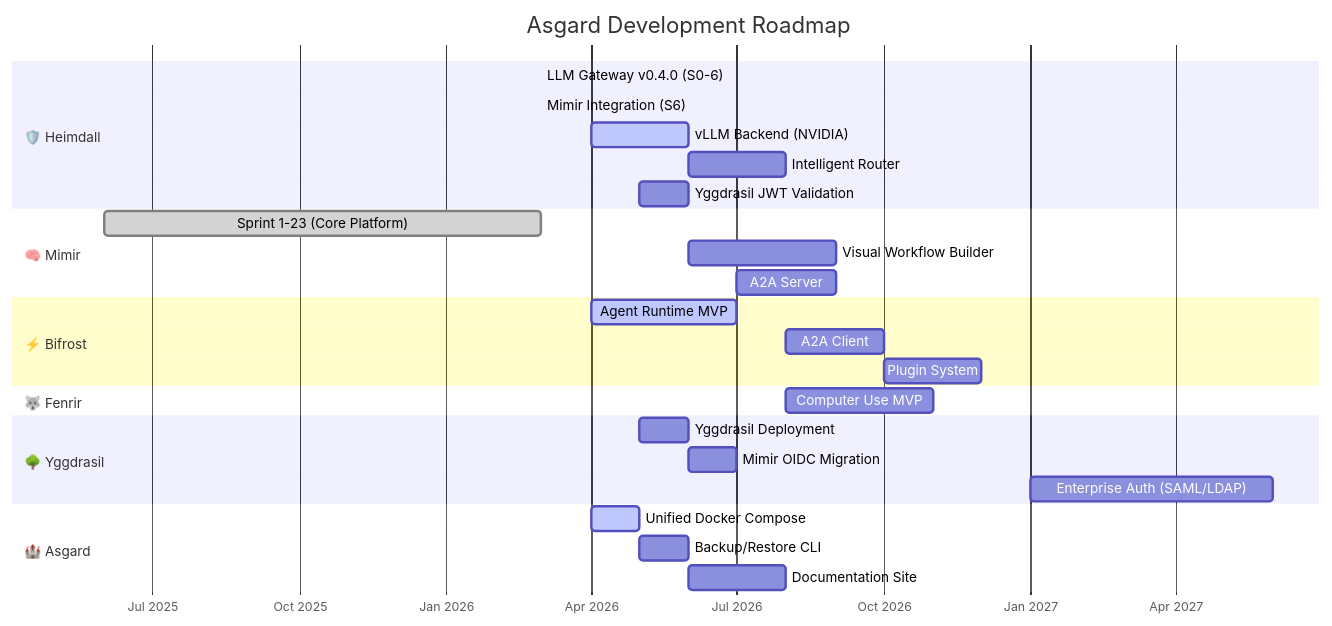
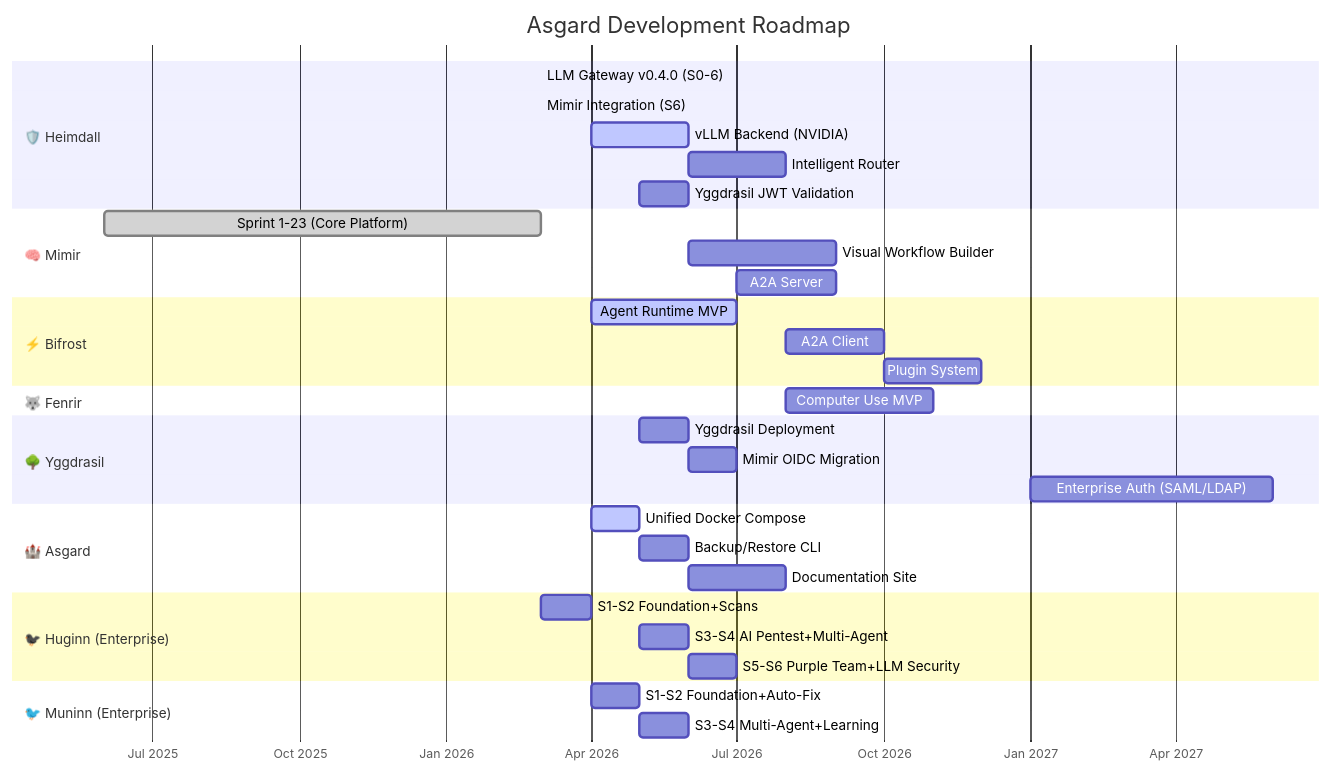
Before and after one commit to MegaWiz-Dev-Team/Asgard: the diagram in docs/strategy/roadmap.md, drawn with Mermaid. The commit also changed other lines of this file and 5 other files, not shown here.

First line of the commit message:
docs(PM-01): update project plan v2.0 + sprint/roadmap sync

````diff
--- a/docs/strategy/roadmap.md
+++ b/docs/strategy/roadmap.md
@@ -11,36 +11,45 @@
 ```mermaid
 gantt
     title Asgard Development Roadmap
     dateFormat  YYYY-MM
     axisFormat  %b %Y
 
     section 🛡️ Heimdall
     LLM Gateway v0.4.0 (S0-6)        :done,    h1, 2026-03, 2026-03
     Mimir Integration (S6)            :done,    h1b, 2026-03, 2026-03
     vLLM Backend (NVIDIA)             :active,  h2, 2026-04, 2026-06
     Intelligent Router                :         h3, 2026-06, 2026-08
     Yggdrasil JWT Validation            :         h4, 2026-05, 2026-06
 
     section 🧠 Mimir
     Sprint 1-23 (Core Platform)       :done,    m1, 2025-06, 2026-03
     Visual Workflow Builder            :         m2, 2026-06, 2026-09
     A2A Server                        :         m3, 2026-07, 2026-09
 
     section ⚡ Bifrost
     Agent Runtime MVP                 :active,  b1, 2026-04, 2026-07
     A2A Client                        :         b2, 2026-08, 2026-10
     Plugin System                     :         b3, 2026-10, 2026-12
 
     section 🐺 Fenrir
     Computer Use MVP                  :         f1, 2026-08, 2026-11
 
     section 🌳 Yggdrasil
     Yggdrasil Deployment                :         y1, 2026-05, 2026-06
     Mimir OIDC Migration              :         y2, 2026-06, 2026-07
     Enterprise Auth (SAML/LDAP)       :         y3, 2027-01, 2027-06
 
     section 🏰 Asgard
     Unified Docker Compose            :active,  a1, 2026-04, 2026-05
     Backup/Restore CLI                :         a2, 2026-05, 2026-06
     Documentation Site                :         a3, 2026-06, 2026-08
+
+    section 🐦‍⬛ Huginn (Enterprise)
+    S1-S2 Foundation+Scans            :         hg1, 2026-03, 2026-04
+    S3-S4 AI Pentest+Multi-Agent      :         hg2, 2026-05, 2026-06
+    S5-S6 Purple Team+LLM Security    :         hg3, 2026-06, 2026-07
+
+    section 🐦 Muninn (Enterprise)
+    S1-S2 Foundation+Auto-Fix         :         mn1, 2026-04, 2026-05
+    S3-S4 Multi-Agent+Learning        :         mn2, 2026-05, 2026-06
 ```
````
